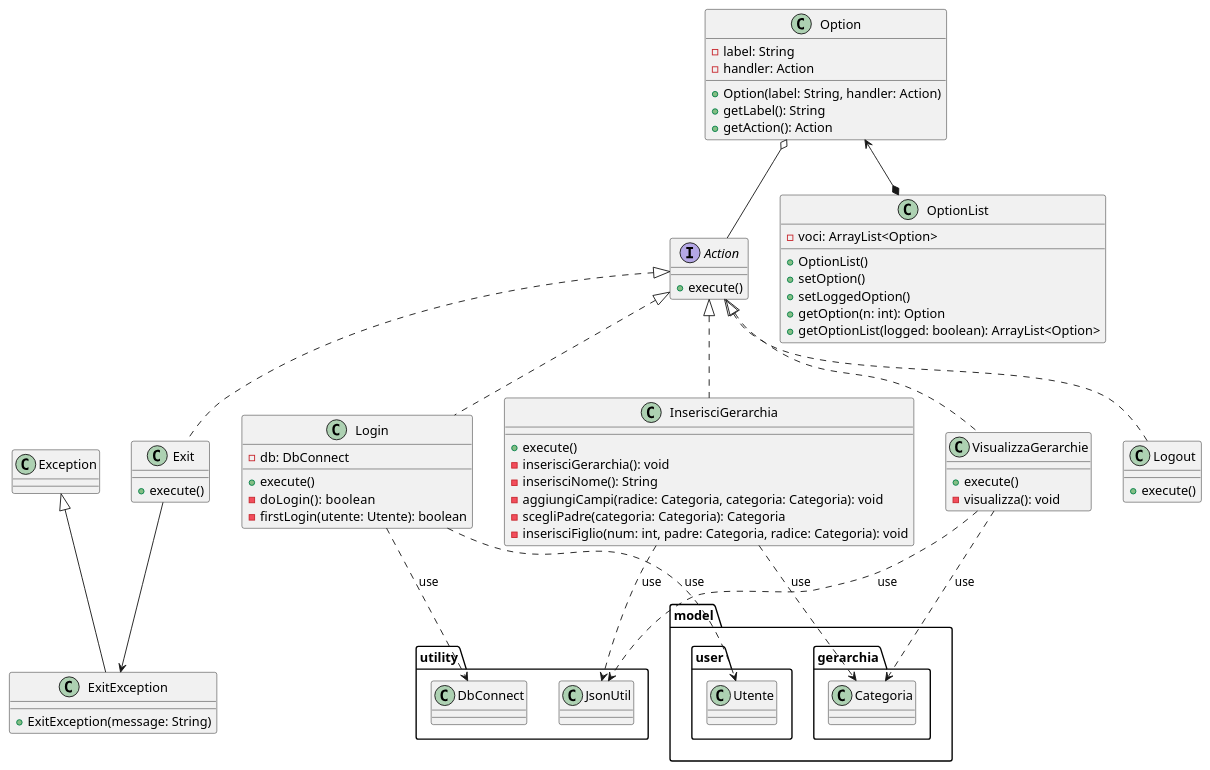
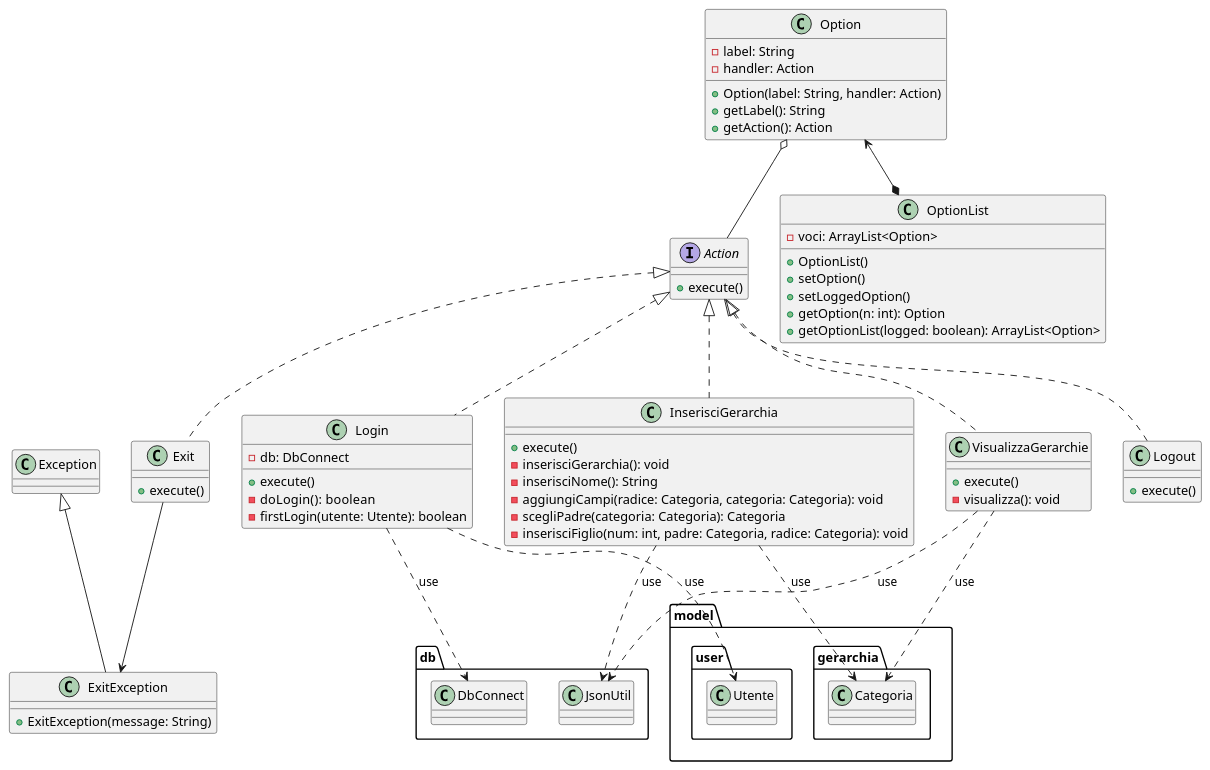
Before and after one commit to bernagit/IngegneriaSoftware: the diagram in Documentation/Ver1/controller.puml, drawn with PlantUML. The commit also changed 37 other files, not shown here.

```diff
--- a/Documentation/Ver1/controller.puml
+++ b/Documentation/Ver1/controller.puml
@@ -1,70 +1,70 @@
 @startuml controller
 
 interface Action{
     +execute()
 }
 
 class Option{
     -label: String
     -handler: Action
     +Option(label: String, handler: Action)
     +getLabel(): String
     +getAction(): Action
 }
 
 class OptionList{
     -voci: ArrayList<Option>
     +OptionList()
     +setOption()
     +setLoggedOption()
     +getOption(n: int): Option
     +getOptionList(logged: boolean): ArrayList<Option>
 }
 
 Option <--* OptionList
 Option o-- Action
 
 class ExitException extends Exception{
     +ExitException(message: String)
 }
 class Exit implements Action{
     +execute()
 }
 
 Exit --> ExitException
 
 class Login implements Action{
     -db: DbConnect
     +execute()
     -doLogin():  boolean
     -firstLogin(utente: Utente): boolean
 }
 
 class Logout implements Action{
     +execute()
 }
 
 class InserisciGerarchia implements Action{
     +execute()
     -inserisciGerarchia(): void
     -inserisciNome(): String
     -aggiungiCampi(radice: Categoria, categoria: Categoria): void
     -scegliPadre(categoria: Categoria): Categoria
     -inserisciFiglio(num: int, padre: Categoria, radice: Categoria): void
 
 }
 
 class VisualizzaGerarchie implements Action{
     +execute()
     -visualizza(): void
 }
 
 Login ..> model.user.Utente: use
-Login ..> utility.DbConnect: use
+Login ..> db.DbConnect: use
 InserisciGerarchia ..> model.gerarchia.Categoria: use
 VisualizzaGerarchie ..> model.gerarchia.Categoria: use
-InserisciGerarchia ..> utility.JsonUtil: use
-VisualizzaGerarchie ..> utility.JsonUtil: use
+InserisciGerarchia ..> db.JsonUtil: use
+VisualizzaGerarchie ..> db.JsonUtil: use
 
 
 @enduml
```
